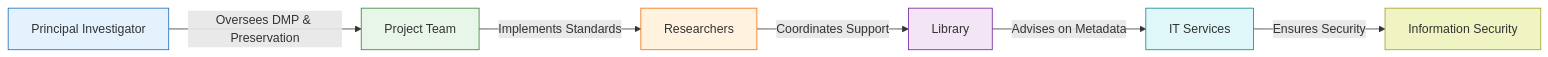
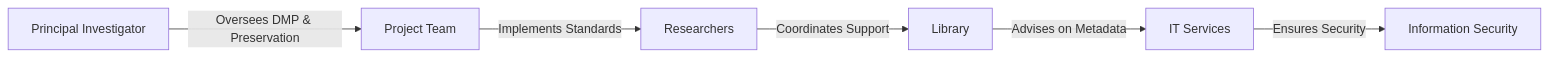
Before and after one commit to thomgiles/DSDSP: the first of 4 diagrams in training_site/essential_digital_skills/episodes/04-research_data_managment.qmd, drawn with Mermaid. The commit also changed other lines of this file and 2 other files, not shown here.

````diff
--- a/training_site/essential_digital_skills/episodes/04-research_data_managment.qmd
+++ b/training_site/essential_digital_skills/episodes/04-research_data_managment.qmd
@@ -61,15 +58,8 @@
 ```{mermaid}
 flowchart LR
     PI[Principal Investigator] -->|Oversees DMP & Preservation| T[Project Team]
     T -->|Implements Standards| R[Researchers]
     R -->|Coordinates Support| L[Library]
     L -->|Advises on Metadata| IT[IT Services]
     IT -->|Ensures Security| IS[Information Security]
-
-    style PI fill:#E3F2FD,stroke:#1565C0,stroke-width:1px
-    style T fill:#E8F5E9,stroke:#2E7D32,stroke-width:1px
-    style R fill:#FFF3E0,stroke:#EF6C00,stroke-width:1px
-    style L fill:#F3E5F5,stroke:#6A1B9A,stroke-width:1px
-    style IT fill:#E0F7FA,stroke:#00838F,stroke-width:1px
-    style IS fill:#F0F4C3,stroke:#9E9D24,stroke-width:1px
 ```
````
